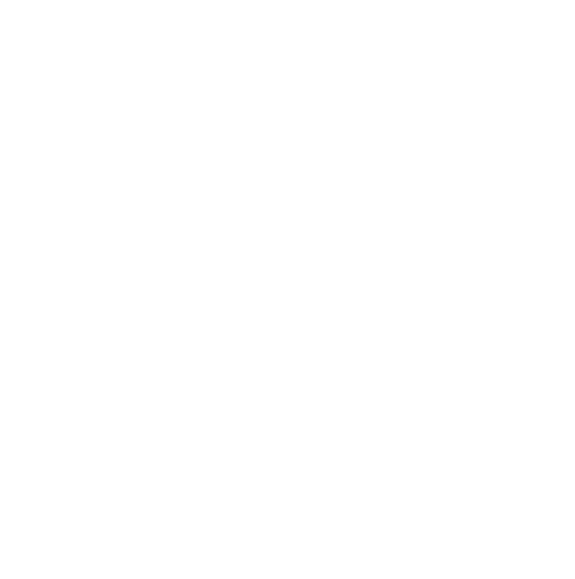
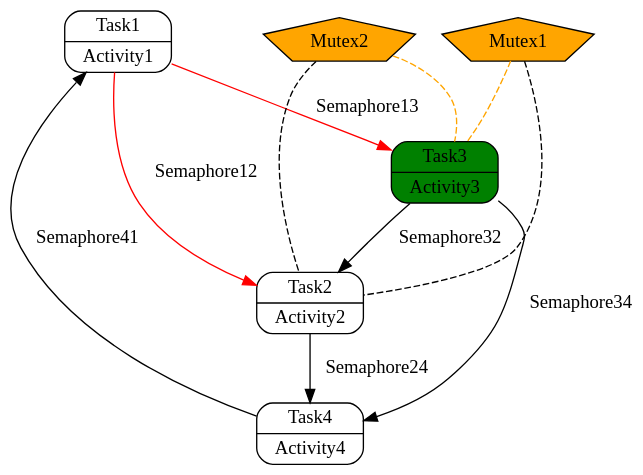
One commit to AdrianW424/Echtzeitsysteme_Projekt changed the diagram in src/Digraph.gv. Above: the diagram before and after it, drawn with Graphviz. The commit also changed 3 other files, not shown here.

```diff
--- a/src/Digraph.gv
+++ b/src/Digraph.gv
@@ -1,28 +1,20 @@
 // Flowchart
 digraph {
 	graph [bgcolor=transparent]
-	Activity1 [label="{Task1|Activity1}" color=white fillcolor=transparent fontcolor=white shape=record style="rounded,filled"]
-	Activity2 [label="{Task2|Activity2}" color=white fillcolor=transparent fontcolor=white shape=record style="rounded,filled"]
-	Activity3 [label="{Task3|Activity3}" color=white fillcolor=transparent fontcolor=white shape=record style="rounded,filled"]
-	Activity4 [label="{Task4|Activity4}" color=white fillcolor=transparent fontcolor=white shape=record style="rounded,filled"]
-	Mutex1 [label=Mutex1 color=white fillcolor=transparent fontcolor=white shape=polygon sides=5 style=filled]
-	Mutex1 -> Activity2 [arrowhead=none color=white splines=polyline style=dashed]
-	Mutex1 -> Activity3 [arrowhead=none color=white splines=polyline style=dashed]
-	Mutex2 [label=Mutex2 color=white fillcolor=transparent fontcolor=white shape=polygon sides=5 style=filled]
-	Mutex2 -> Activity2 [arrowhead=none color=white splines=polyline style=dashed]
-	Mutex2 -> Activity3 [arrowhead=none color=white splines=polyline style=dashed]
-	Activity1 -> Activity2 [label=Semaphore12 color=white fontcolor=white splines=polyline]
-	Activity1 -> Activity3 [label=Semaphore13 color=white fontcolor=white splines=polyline]
-	Activity2 -> Activity4 [label=Semaphore24 color=white fontcolor=white splines=polyline]
-	Dummy0 [color=white height=0.01 shape=point width=0.01]
-	Activity3 -> Dummy0 [arrowhead=none color=white splines=polyline]
-	Dummy0 -> Activity4 [label=Semaphore34 color=white fontcolor=white splines=polyline]
-	Dummy1 [color=white fontcolor=white shape=point xlabel=""]
-	Dummy0 -> Dummy1 [arrowhead=none color=white splines=polyline]
-	Activity3 -> Activity2 [label=Semaphore32 color=white fontcolor=white splines=polyline]
-	Dummy2 [color=white height=0.01 shape=point width=0.01]
-	Activity4 -> Dummy2 [arrowhead=none color=white splines=polyline]
-	Dummy2 -> Activity1 [label=Semaphore41 color=white fontcolor=white splines=polyline]
-	Dummy3 [color=white fontcolor=white shape=point xlabel=""]
-	Dummy2 -> Dummy3 [arrowhead=none color=white splines=polyline]
+	Activity1 [label="{Task1|Activity1}" color=black fillcolor=transparent fontcolor=black shape=record style="rounded,filled"]
+	Activity2 [label="{Task2|Activity2}" color=black fillcolor=transparent fontcolor=black shape=record style="rounded,filled"]
+	Activity3 [label="{Task3|Activity3}" color=black fillcolor=green fontcolor=black shape=record style="rounded,filled"]
+	Activity4 [label="{Task4|Activity4}" color=black fillcolor=transparent fontcolor=black shape=record style="rounded,filled"]
+	Mutex1 [label=Mutex1 color=black fillcolor=orange fontcolor=black shape=polygon sides=5 style=filled]
+	Mutex1 -> Activity2 [arrowhead=none color=black splines=polyline style=dashed]
+	Mutex1 -> Activity3 [arrowhead=none color=orange splines=polyline style=dashed]
+	Mutex2 [label=Mutex2 color=black fillcolor=orange fontcolor=black shape=polygon sides=5 style=filled]
+	Mutex2 -> Activity2 [arrowhead=none color=black splines=polyline style=dashed]
+	Mutex2 -> Activity3 [arrowhead=none color=orange splines=polyline style=dashed]
+	Activity1 -> Activity2 [label=Semaphore12 color=red fontcolor=black splines=polyline]
+	Activity1 -> Activity3 [label=Semaphore13 color=red fontcolor=black splines=polyline]
+	Activity2 -> Activity4 [label=Semaphore24 color=black fontcolor=black splines=polyline]
+	Activity3 -> Activity4 [label=Semaphore34 color=black fontcolor=black splines=polyline]
+	Activity3 -> Activity2 [label=Semaphore32 color=black fontcolor=black splines=polyline]
+	Activity4 -> Activity1 [label=Semaphore41 color=black fontcolor=black splines=polyline]
 }
```
